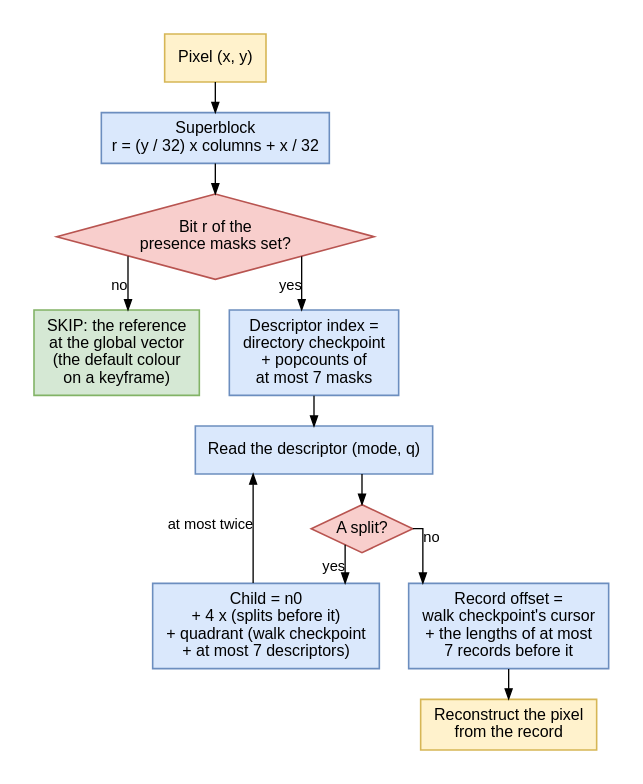
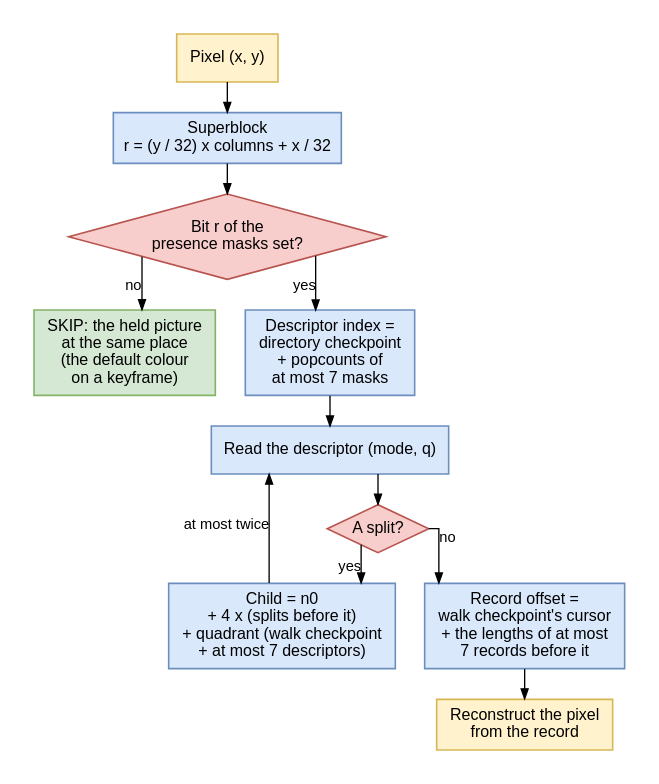
Before and after one commit to PulseBeat02/mcav: the diagram in tools/mcv2/figures/leaf.dot, drawn with Graphviz. The commit also changed 3 other files, not shown here.

Commit message:
Docs: the decode and leaf diagrams show version 3: one held picture, SKIP at the same place

```diff
--- a/tools/mcv2/figures/leaf.dot
+++ b/tools/mcv2/figures/leaf.dot
@@ -1,32 +1,32 @@
-// How one pixel finds the leaf that covers it and the leaf's record in a derived-offsets frame: a bounded walk with no
-// neighbour and no scan of the frame.
+// How one pixel finds the leaf that covers it and the leaf's record: a bounded walk with no neighbour and no scan of the
+// frame.
 digraph leaf {
   rankdir=TB;
   bgcolor="white";
   pad=0.25;
   nodesep=0.3;
   ranksep=0.32;
   splines=ortho;
   node [shape=box, style="filled", fillcolor="#dae8fc", color="#6c8ebf", fontname="Liberation Sans", fontsize=12, fontcolor="black", margin="0.14,0.09", penwidth=1.2];
   edge [color="black", arrowsize=0.75, penwidth=1.0, fontname="Liberation Sans", fontsize=11, fontcolor="black"];
 
   pixel [label="Pixel (x, y)", fillcolor="#fff2cc", color="#d6b656"];
   root [label="Superblock\nr = (y / 32) x columns + x / 32"];
   present [shape=diamond, label="Bit r of the\npresence masks set?", fillcolor="#f8cecc", color="#b85450", margin="0.04,0.04"];
-  skip [label="SKIP: the reference\nat the global vector\n(the default colour\non a keyframe)", fillcolor="#d5e8d4", color="#82b366"];
+  skip [label="SKIP: the held picture\nat the same place\n(the default colour\non a keyframe)", fillcolor="#d5e8d4", color="#82b366"];
   index [label="Descriptor index =\ndirectory checkpoint\n+ popcounts of\nat most 7 masks"];
   read [label="Read the descriptor (mode, q)"];
   split [shape=diamond, label="A split?", fillcolor="#f8cecc", color="#b85450", margin="0.04,0.04"];
   child [label="Child = n0\n+ 4 x (splits before it)\n+ quadrant (walk checkpoint\n+ at most 7 descriptors)"];
   record [label="Record offset =\nwalk checkpoint's cursor\n+ the lengths of at most\n7 records before it"];
   draw [label="Reconstruct the pixel\nfrom the record", fillcolor="#fff2cc", color="#d6b656"];
 
   pixel -> root -> present;
   present -> skip [xlabel="no"];
   present -> index [xlabel="yes"];
   index -> read -> split;
   split -> child [xlabel="yes"];
   child -> read [xlabel="at most twice"];
   split -> record [xlabel="no"];
   record -> draw;
 }
```
